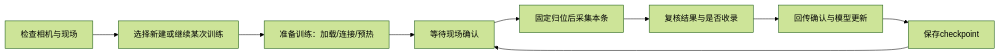
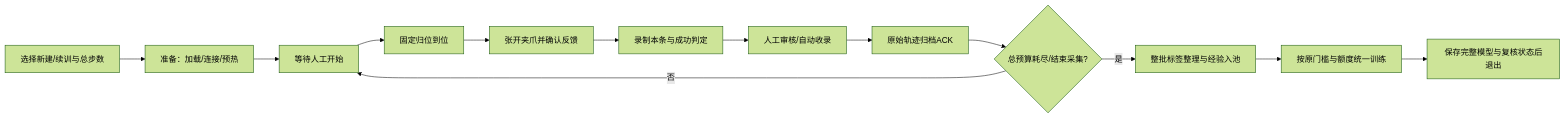
One commit to taiyigong333/piperx_realtime_expo_ft changed the diagram in docs/GUI使用流程方案.md. Above: the diagram before and after it, drawn with Mermaid (forest theme). The commit also changed other lines of this file and 19 other files, not shown here.

````diff
--- a/docs/GUI使用流程方案.md
+++ b/docs/GUI使用流程方案.md
@@ -15,11 +15,15 @@
 ```mermaid
 flowchart LR
-    A[检查相机与现场] --> B[选择新建或继续某次训练]
-    B --> C[准备训练：加载/连接/预热]
-    C --> D[等待现场确认]
-    D --> E[固定归位后采集本条]
-    E --> F[复核结果与是否收录]
-    F --> G[回传确认与模型更新]
-    G --> H[保存checkpoint]
-    H --> D
+    A[选择新建/续训与总步数] --> B[准备：加载/连接/预热]
+    B --> C[等待人工开始]
+    C --> D[固定归位到位]
+    D --> E[张开夹爪并确认反馈]
+    E --> F[录制本条与成功判定]
+    F --> G[人工审核/自动收录]
+    G --> H[原始轨迹归档ACK]
+    H --> I{总预算耗尽/结束采集?}
+    I -->|否| C
+    I -->|是| J[整批标签整理与经验入池]
+    J --> K[按原门槛与额度统一训练]
+    K --> L[保存完整模型与复核状态后退出]
 ```
````
